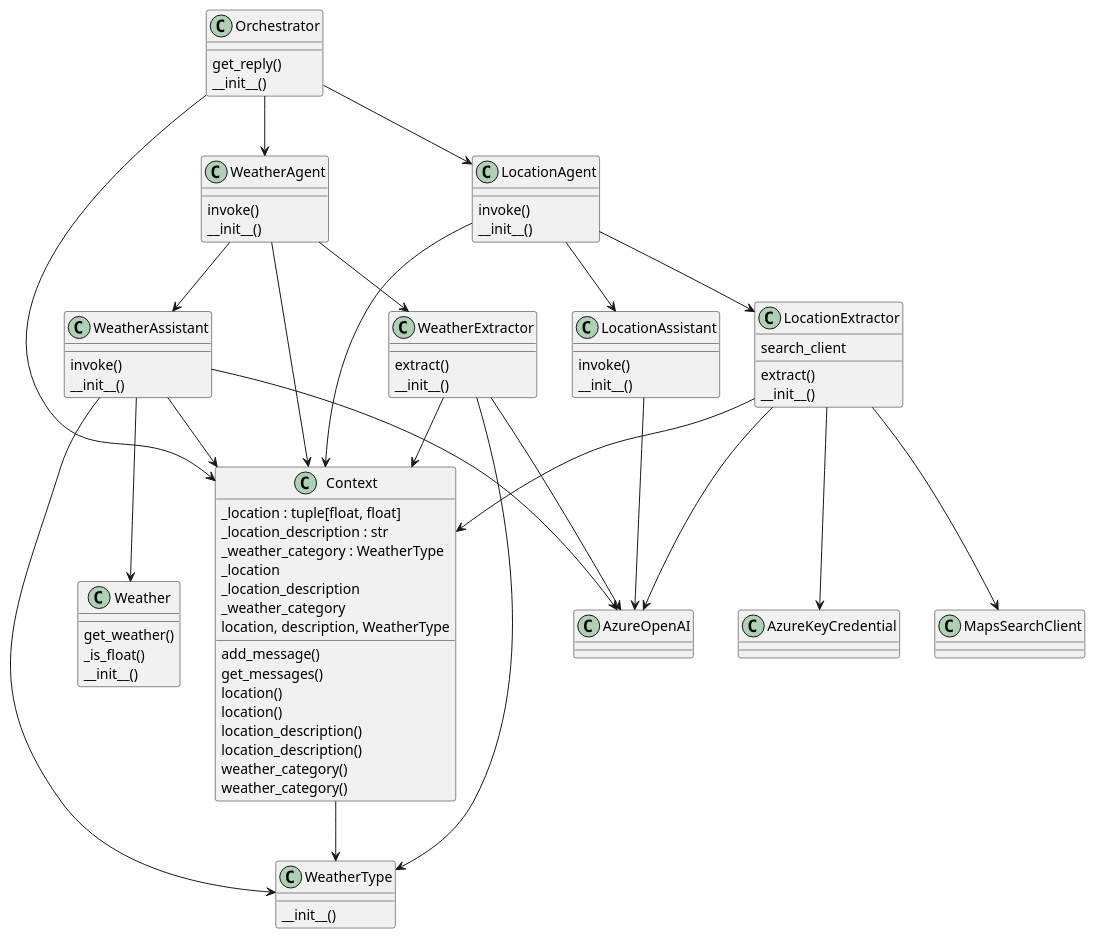
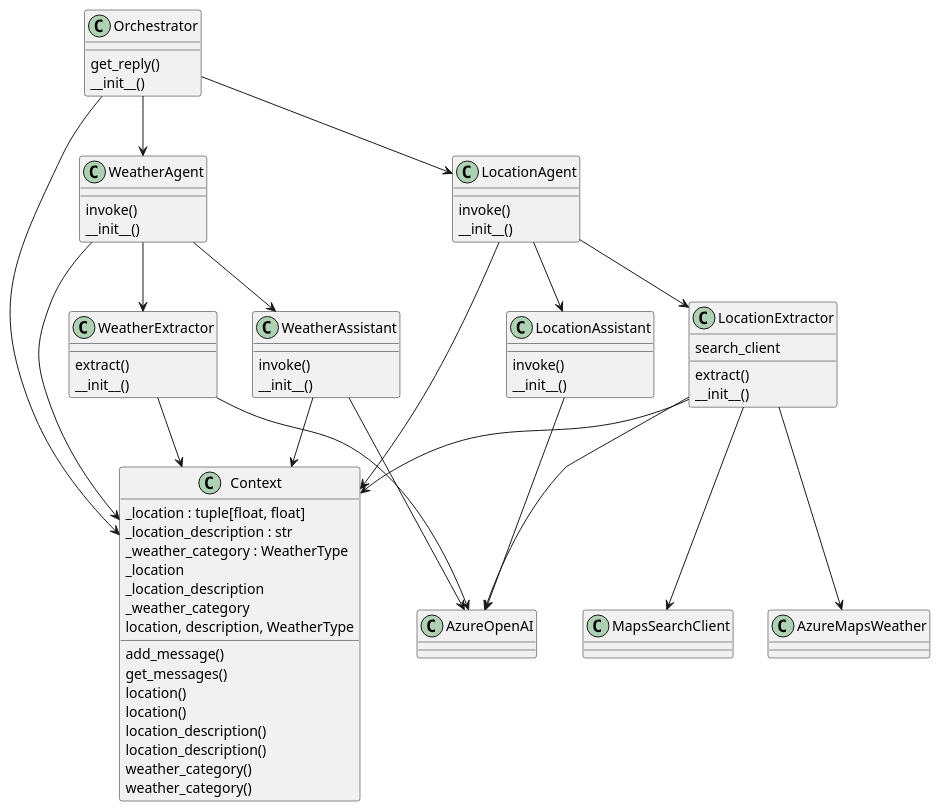
Before and after one commit to Azure-Samples/llm-eval-grader-samples: the diagram in weather-chatbot/src/demo_UML.wsd, drawn with PlantUML. The commit also changed 13 other files, not shown here.

```diff
--- a/weather-chatbot/src/demo_UML.wsd
+++ b/weather-chatbot/src/demo_UML.wsd
@@ -1,78 +1,66 @@
-@startuml DemoDiagram
-class WeatherType {
-        __init__()
-}
-class Weather {
-    get_weather()
-    _is_float()
-        __init__()
-}
+@startuml weather_UML
 class Orchestrator {
     get_reply()
         __init__()
 }
 Orchestrator --> Context
 Orchestrator --> LocationAgent
 Orchestrator --> WeatherAgent
 class WeatherExtractor {
     extract()
         __init__()
 }
 WeatherExtractor --> Context
 WeatherExtractor --> AzureOpenAI
-WeatherExtractor --> WeatherType
 class Context {
     add_message()
     get_messages()
     location()
     location()
     location_description()
     location_description()
     weather_category()
     weather_category()
         _location : tuple[float, float] 
     _location_description : str 
     _weather_category : WeatherType 
     _location
     _location_description
     _weather_category
     location, description, WeatherType
 }
-Context --> WeatherType
 class WeatherAssistant {
     invoke()
         __init__()
 }
-WeatherAssistant --> WeatherType
-WeatherAssistant --> Weather
 WeatherAssistant --> Context
 WeatherAssistant --> AzureOpenAI
 class WeatherAgent {
     invoke()
         __init__()
 }
 WeatherAgent --> WeatherAssistant
 WeatherAgent --> WeatherExtractor
 WeatherAgent --> Context
 class LocationExtractor {
     extract()
         search_client
     __init__()
 }
 LocationExtractor --> AzureOpenAI
 LocationExtractor --> Context
 LocationExtractor --> MapsSearchClient
-LocationExtractor --> AzureKeyCredential
+LocationExtractor --> AzureMapsWeather
 class LocationAssistant {
     invoke()
         __init__()
 }
 LocationAssistant --> AzureOpenAI
 class LocationAgent {
     invoke()
         __init__()
 }
 LocationAgent --> LocationAssistant
 LocationAgent --> LocationExtractor
 LocationAgent --> Context
 @enduml
```
